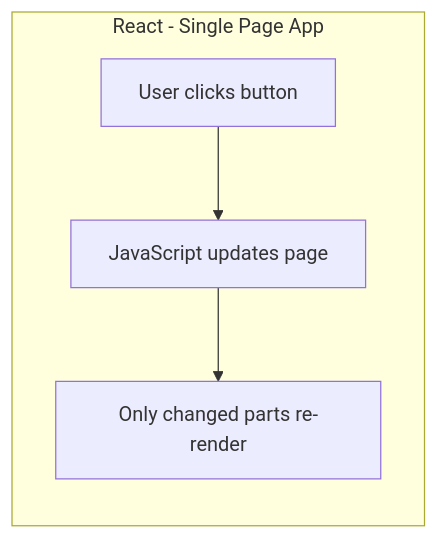
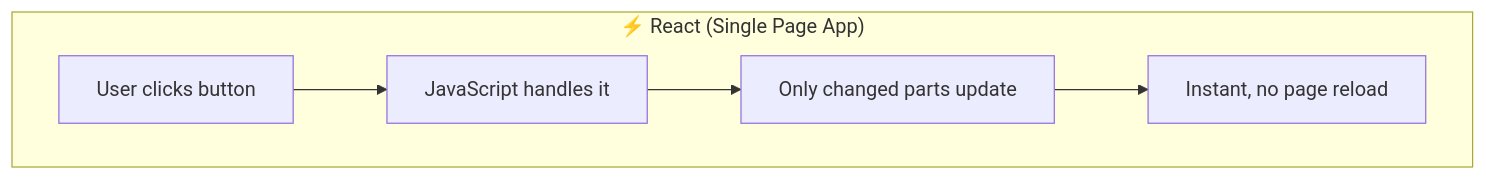
Before and after one commit to theaiguy1987/aqi_app: the eighth of 11 diagrams in README.md, drawn with Mermaid. The commit also changed other lines of this file and 4 other files, not shown here.

````diff
--- a/README.md
+++ b/README.md
@@ -182,7 +289,8 @@
 ```mermaid
-graph LR
-    subgraph "React - Single Page App"
-        E[User clicks button] --> F[JavaScript updates page]
-        F --> G[Only changed parts re-render]
+graph TB
+    subgraph "⚡ React (Single Page App)"
+        B1["User clicks button"] --> B2["JavaScript handles it"]
+        B2 --> B3["Only changed parts update"]
+        B3 --> B4["Instant, no page reload"]
     end
 ```
````
